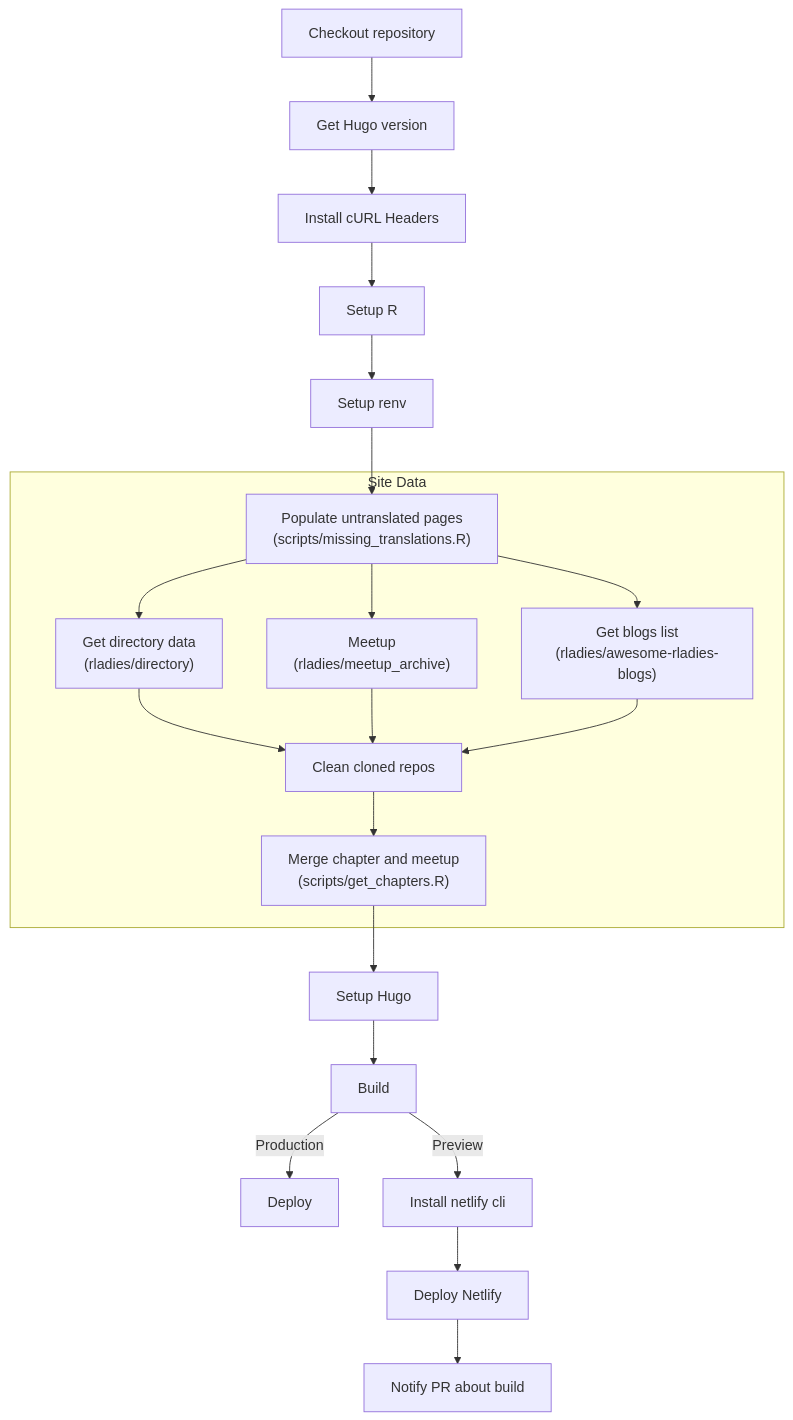
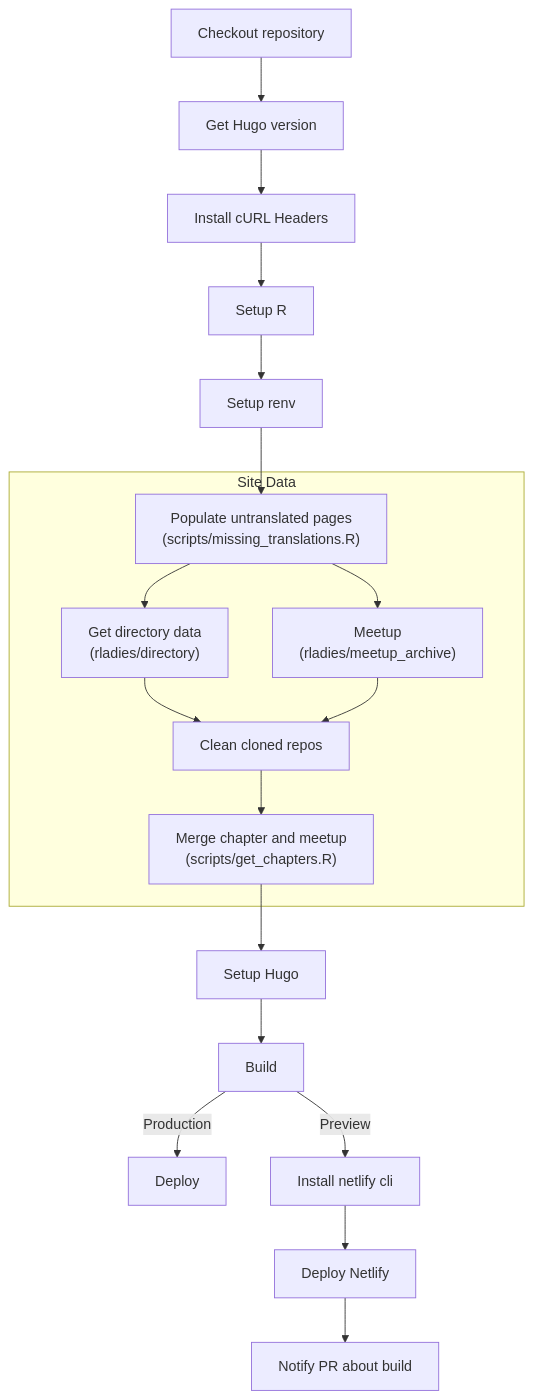
One commit to rladies/rladies.github.io changed the diagram in README.md. Above: the diagram before and after it, drawn with Mermaid. The commit also changed 10 other files, not shown here.

First line of the commit message:
switch blogs page to remote awesome-rladies-creations JSON

````diff
--- a/README.md
+++ b/README.md
@@ -22,29 +22,27 @@
 ```mermaid
 graph TB
 
 A[Checkout repository] --> B[Get Hugo version]
 B --> C[Install cURL Headers]
 C --> D[Setup R]
 D --> E[Setup renv]
 E --> F["Populate untranslated pages\n(scripts/missing_translations.R)"]
 
 subgraph Site Data
   F --> G["Get directory data\n(rladies/directory)"]
   F --> H["Meetup\n(rladies/meetup_archive)"]
-  F --> I["Get blogs list\n(rladies/awesome-rladies-blogs)"]
   G --> J["Clean cloned repos"]
   J --> K["Merge chapter and meetup\n(scripts/get_chapters.R)"]
 end
 
 H --> J
-I --> J
 K --> L[Setup Hugo]
 L --> M[Build]
 
 M -->|Production| N[Deploy]
 
 M -->|Preview| O[Install netlify cli]
 O --> P[Deploy Netlify]
 P --> Q["Notify PR about build"]
 
 ```
````
